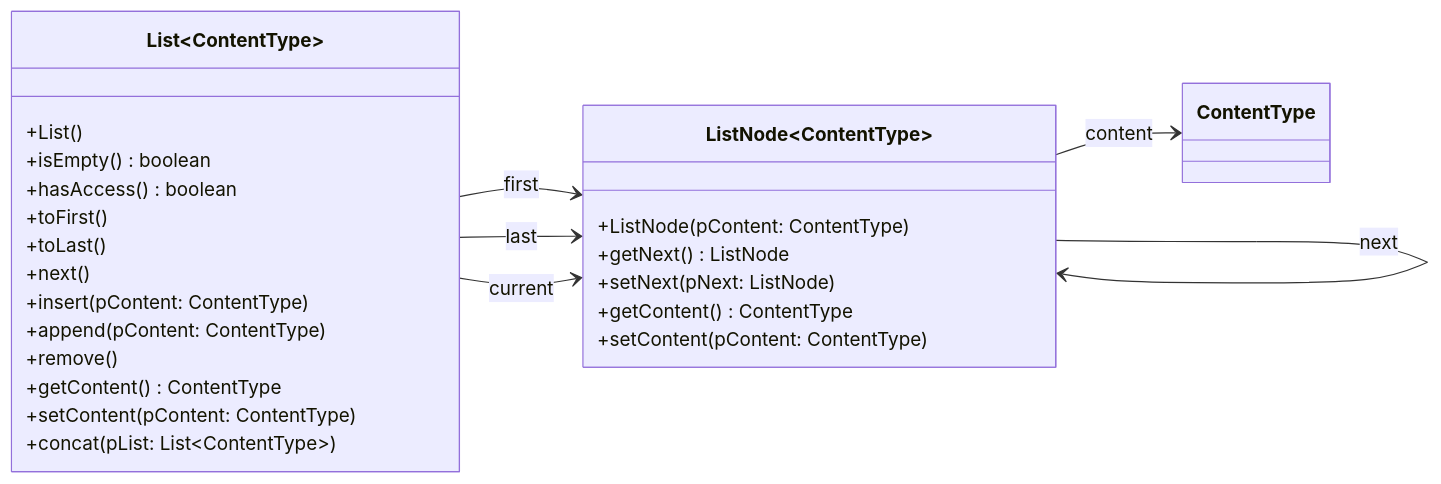
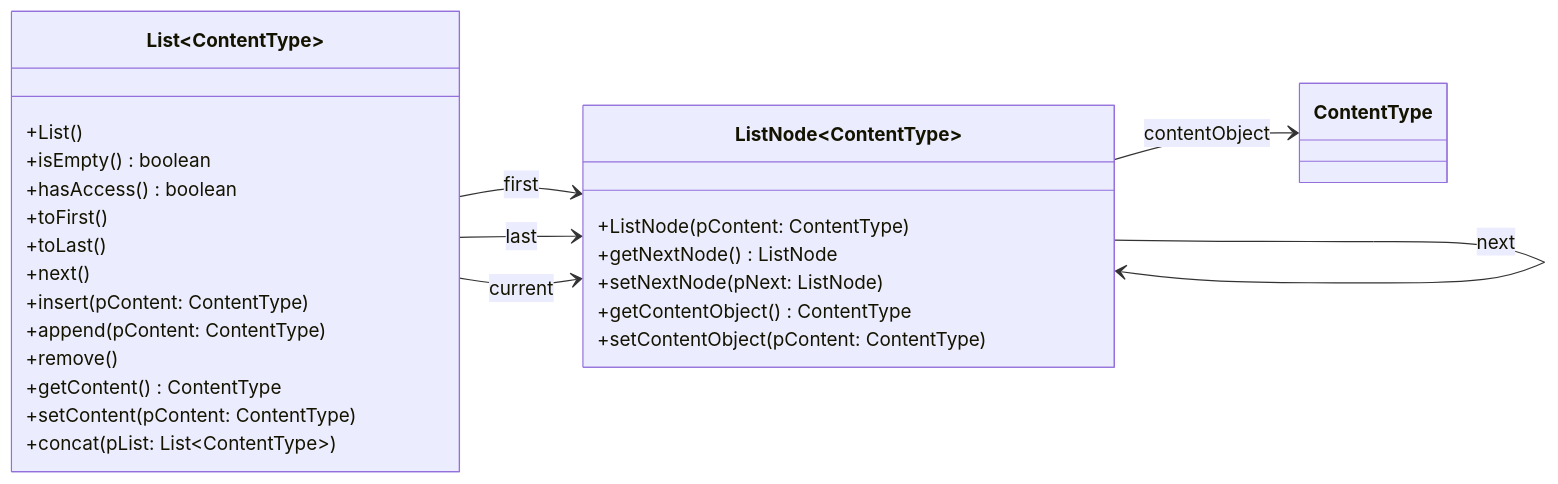
The diagram in book/oberstufe/oop/02-erweiterungen/04-lineare-datenstrukturen/liste/dokumentation.md (openpatch/hyperbook-informatik), drawn with Mermaid before and after one commit. The commit also changed other lines of this file and 29 other files, not shown here.

````diff
--- a/book/oberstufe/oop/02-erweiterungen/04-lineare-datenstrukturen/liste/dokumentation.md
+++ b/book/oberstufe/oop/02-erweiterungen/04-lineare-datenstrukturen/liste/dokumentation.md
@@ -20,38 +20,38 @@
 ```mermaid
 
 classDiagram
     direction LR
     class List~ContentType~ {
         +List()
         +isEmpty() boolean
         +hasAccess() boolean
         +toFirst()
         +toLast()
         +next()
         +insert(pContent: ContentType)
         +append(pContent: ContentType)
         +remove()
         +getContent() ContentType
         +setContent(pContent: ContentType)
         +concat(pList: List~ContentType~)
     }
 
     class ListNode~ContentType~ {
         +ListNode(pContent: ContentType)
-        +getNext() ListNode
-        +setNext(pNext: ListNode)
-        +getContent() ContentType
-        +setContent(pContent: ContentType)
+        +getNextNode() ListNode
+        +setNextNode(pNext: ListNode)
+        +getContentObject() ContentType
+        +setContentObject(pContent: ContentType)
     }
 
     List~ContentType~ --> ListNode~ContentType~: first
     List~ContentType~ --> ListNode~ContentType~: last
     List~ContentType~ --> ListNode~ContentType~: current
     ListNode~ContentType~ --> ListNode~ContentType~: next
-    ListNode~ContentType~ --> ContentType: content
+    ListNode~ContentType~ --> ContentType: contentObject
 
     class ContentType {
 
     }
 
 ```
````
